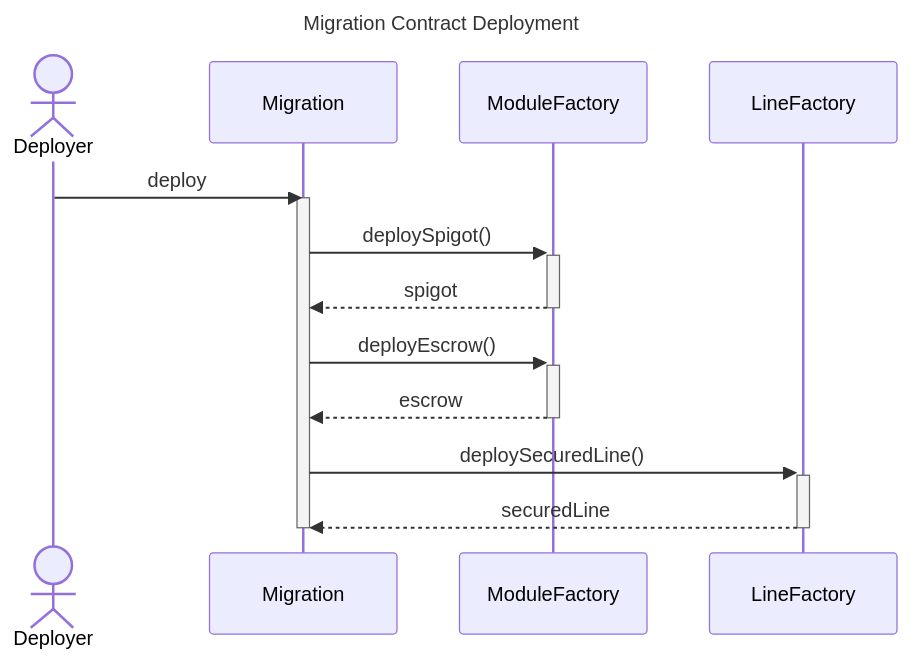
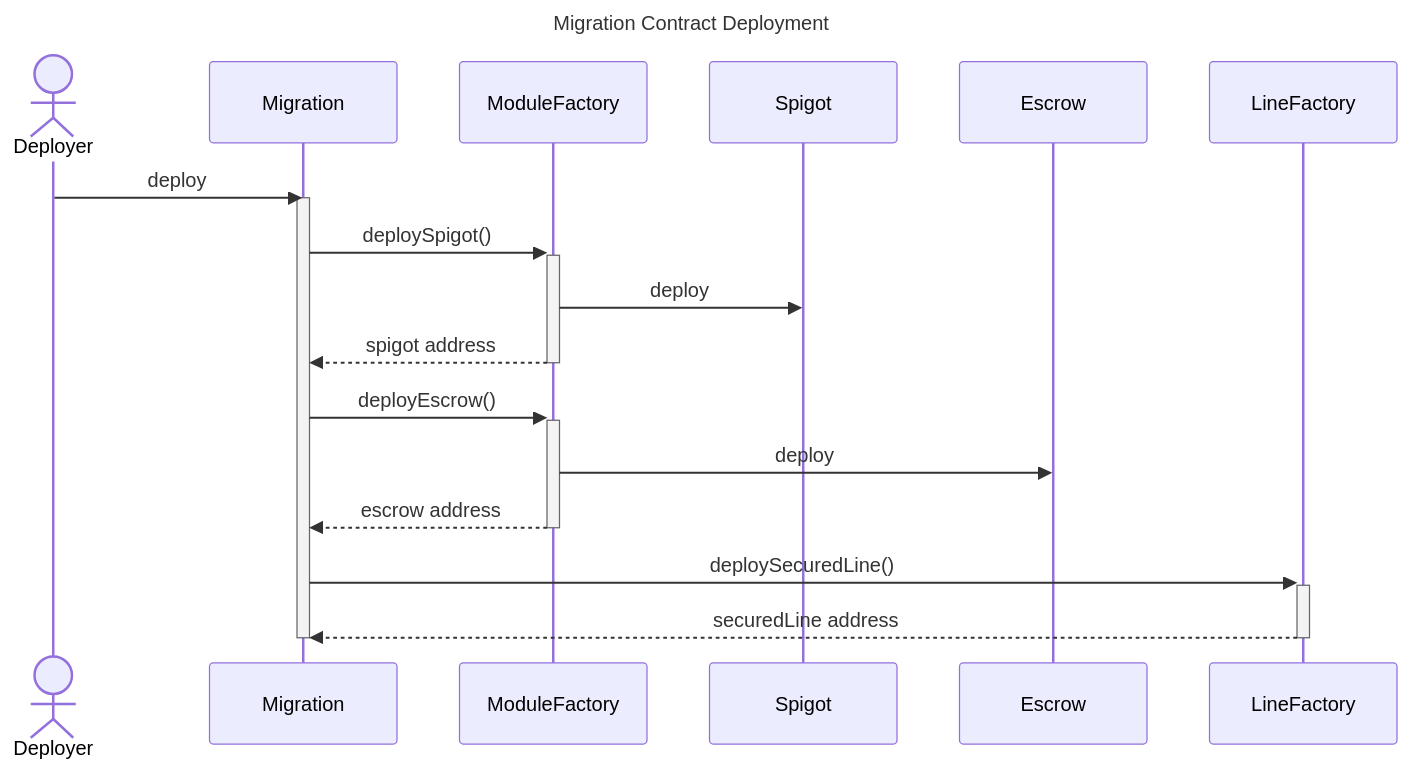
The first of 3 diagrams in migrations/idle-finance/docs.md (debtdao/spigot-migrations), drawn with Mermaid before and after one commit. The commit also changed other lines of this file, not shown here.

````diff
--- a/migrations/idle-finance/docs.md
+++ b/migrations/idle-finance/docs.md
@@ -7,16 +7,18 @@
 ```mermaid
 sequenceDiagram
     title Migration Contract Deployment
 
     actor Deployer
     Deployer ->> Migration: deploy
     activate Migration
     Migration ->>+ ModuleFactory: deploySpigot()
-    ModuleFactory -->>- Migration: spigot
+    ModuleFactory ->> Spigot: deploy
+    ModuleFactory -->>- Migration: spigot address
     Migration ->>+ ModuleFactory: deployEscrow()
-    ModuleFactory -->>- Migration: escrow
+    ModuleFactory ->> Escrow: deploy
+    ModuleFactory -->>- Migration: escrow address
     Migration ->>+ LineFactory: deploySecuredLine()
-    LineFactory -->>- Migration: securedLine
+    LineFactory -->>- Migration: securedLine address
     deactivate Migration
 
 ```
````
